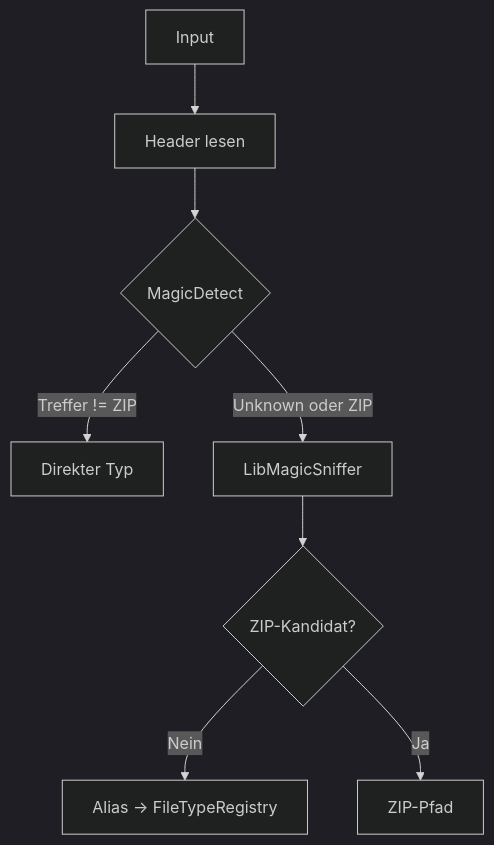
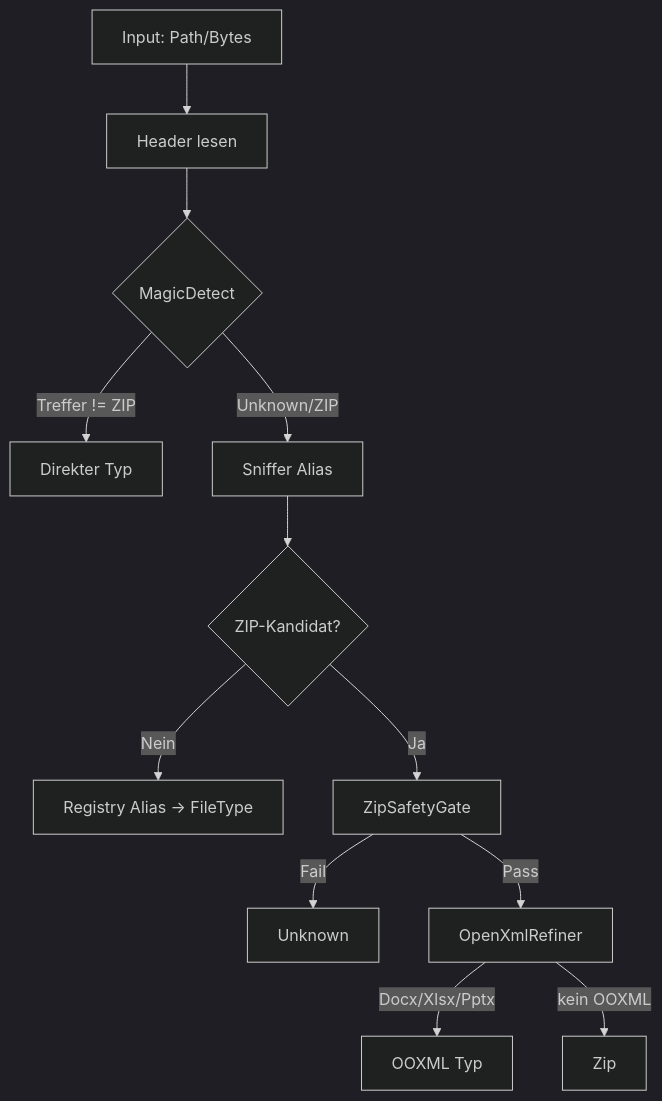
Before and after one commit to tomtastisch/FileClassifier: the first of 2 diagrams in portable/FileTypeDetection/README.md, drawn with Mermaid (dark theme). The commit also changed other lines of this file and 37 other files, not shown here.

````diff
--- a/portable/FileTypeDetection/README.md
+++ b/portable/FileTypeDetection/README.md
@@ -50,10 +28,14 @@
 ```mermaid
 flowchart TD
-    A[Input] --> B[Header lesen]
+    A[Input: Path/Bytes] --> B[Header lesen]
     B --> C{MagicDetect}
     C -->|Treffer != ZIP| D[Direkter Typ]
-    C -->|Unknown oder ZIP| E[LibMagicSniffer]
+    C -->|Unknown/ZIP| E[Sniffer Alias]
     E --> F{ZIP-Kandidat?}
-    F -->|Nein| G[Alias -> FileTypeRegistry]
-    F -->|Ja| H[ZIP-Pfad]
+    F -->|Nein| G[Registry Alias -> FileType]
+    F -->|Ja| H[ZipSafetyGate]
+    H -->|Fail| U[Unknown]
+    H -->|Pass| I[OpenXmlRefiner]
+    I -->|Docx/Xlsx/Pptx| O[OOXML Typ]
+    I -->|kein OOXML| Z[Zip]
 ```
````
